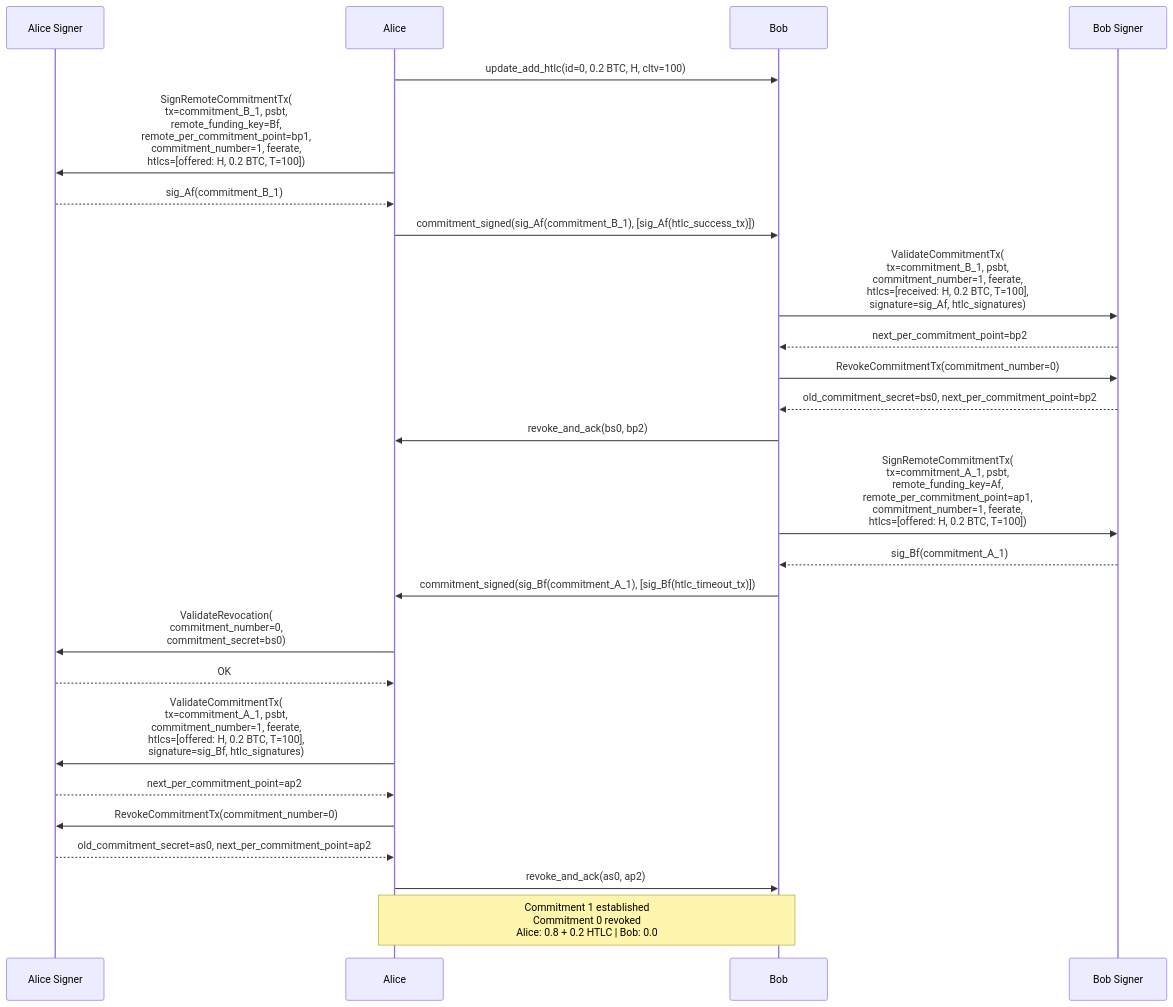
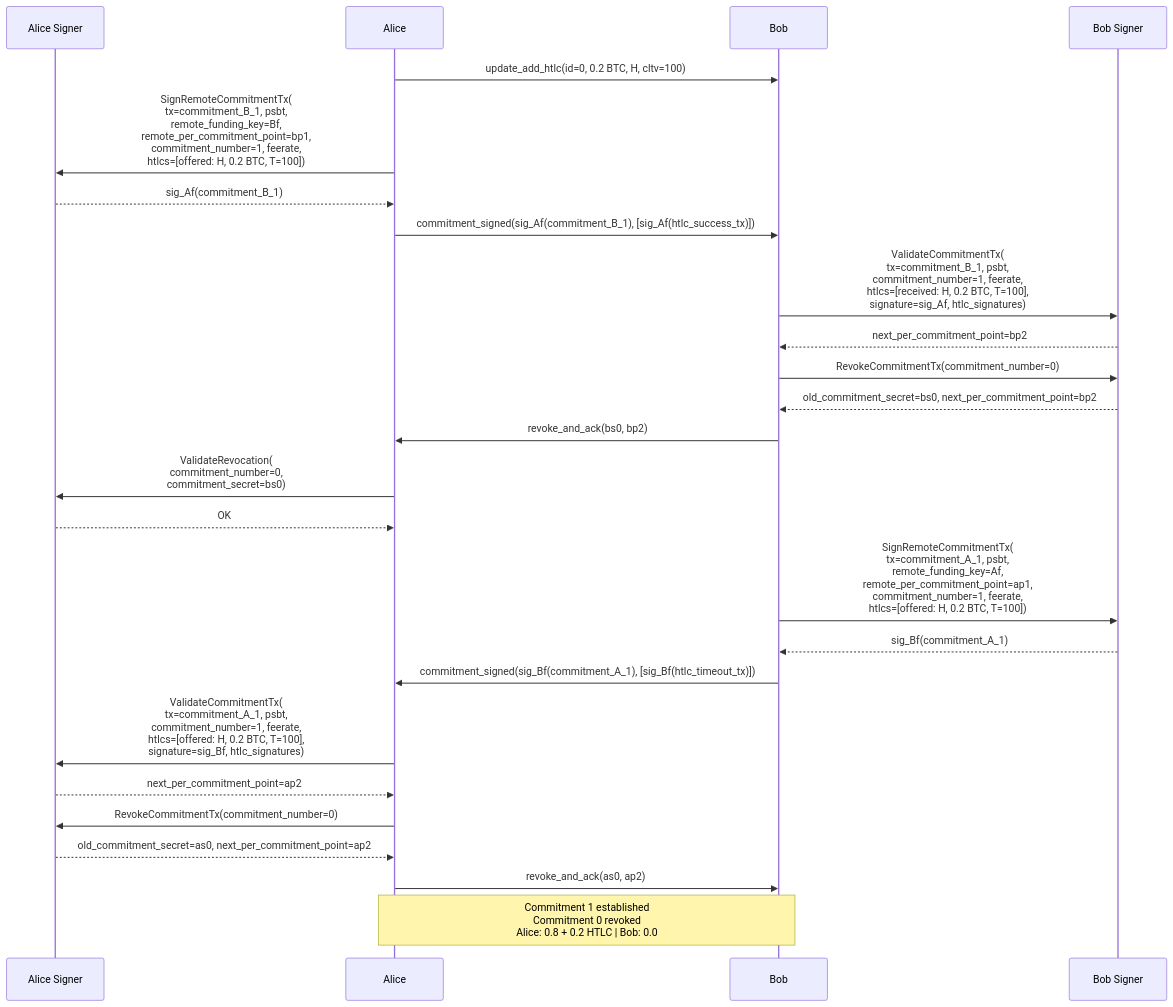
Before and after one commit to dukeh3/vls-arch: the second of 4 diagrams in current/01-alice-pays-bob.md, drawn with Mermaid. The commit also changed other lines of this file and 4 other files, not shown here.

First line of the commit message:
Add v2 two-proxy batching scenario and future architecture diagram

````diff
--- a/current/01-alice-pays-bob.md
+++ b/current/01-alice-pays-bob.md
@@ -197,40 +197,40 @@
 ```mermaid
 sequenceDiagram
     participant SignerA as Alice Signer
     participant Alice
     participant Bob
     participant SignerB as Bob Signer
 
     Alice->>Bob: update_add_htlc(id=0, 0.2 BTC, H, cltv=100)
 
     Alice->>SignerA: SignRemoteCommitmentTx(<br/>tx=commitment_B_1, psbt,<br/>remote_funding_key=Bf,<br/>remote_per_commitment_point=bp1,<br/>commitment_number=1, feerate,<br/>htlcs=[offered: H, 0.2 BTC, T=100])
     SignerA-->>Alice: sig_Af(commitment_B_1)
 
     Alice->>Bob: commitment_signed(sig_Af(commitment_B_1), [sig_Af(htlc_success_tx)])
 
     Bob->>SignerB: ValidateCommitmentTx(<br/>tx=commitment_B_1, psbt,<br/>commitment_number=1, feerate,<br/>htlcs=[received: H, 0.2 BTC, T=100],<br/>signature=sig_Af, htlc_signatures)
     SignerB-->>Bob: next_per_commitment_point=bp2
 
     Bob->>SignerB: RevokeCommitmentTx(commitment_number=0)
     SignerB-->>Bob: old_commitment_secret=bs0, next_per_commitment_point=bp2
 
     Bob->>Alice: revoke_and_ack(bs0, bp2)
 
+    Alice->>SignerA: ValidateRevocation(<br/>commitment_number=0,<br/>commitment_secret=bs0)
+    SignerA-->>Alice: OK
+
     Bob->>SignerB: SignRemoteCommitmentTx(<br/>tx=commitment_A_1, psbt,<br/>remote_funding_key=Af,<br/>remote_per_commitment_point=ap1,<br/>commitment_number=1, feerate,<br/>htlcs=[offered: H, 0.2 BTC, T=100])
     SignerB-->>Bob: sig_Bf(commitment_A_1)
 
     Bob->>Alice: commitment_signed(sig_Bf(commitment_A_1), [sig_Bf(htlc_timeout_tx)])
-
-    Alice->>SignerA: ValidateRevocation(<br/>commitment_number=0,<br/>commitment_secret=bs0)
-    SignerA-->>Alice: OK
 
     Alice->>SignerA: ValidateCommitmentTx(<br/>tx=commitment_A_1, psbt,<br/>commitment_number=1, feerate,<br/>htlcs=[offered: H, 0.2 BTC, T=100],<br/>signature=sig_Bf, htlc_signatures)
     SignerA-->>Alice: next_per_commitment_point=ap2
 
     Alice->>SignerA: RevokeCommitmentTx(commitment_number=0)
     SignerA-->>Alice: old_commitment_secret=as0, next_per_commitment_point=ap2
 
     Alice->>Bob: revoke_and_ack(as0, ap2)
 
     Note over Alice, Bob: Commitment 1 established<br/>Commitment 0 revoked<br/>Alice: 0.8 + 0.2 HTLC | Bob: 0.0
 ```
````
